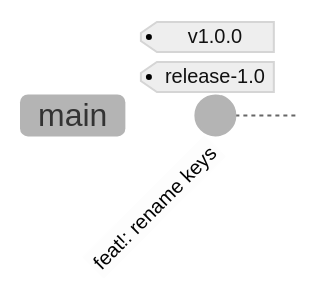
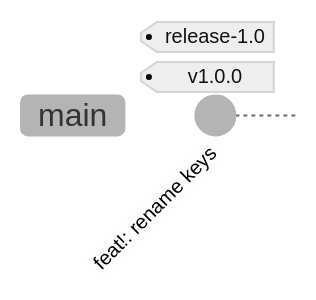
The seventh of 11 diagrams in README.md (chadrik/git-tide), drawn with Mermaid (neutral theme) before and after one commit. The commit also changed other lines of this file, not shown here.

````diff
--- a/README.md
+++ b/README.md
@@ -194,4 +192,4 @@
 ```mermaid
 gitGraph
-   commit id: "feat!: rename keys" tag: "v1.0.0" tag: "release-1.0"
+   commit id: "feat!: rename keys" tag: "release-1.0" tag: "v1.0.0"
 ```
````
